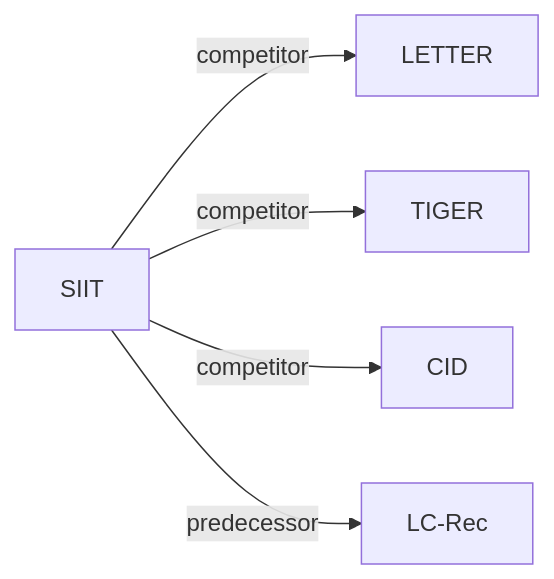
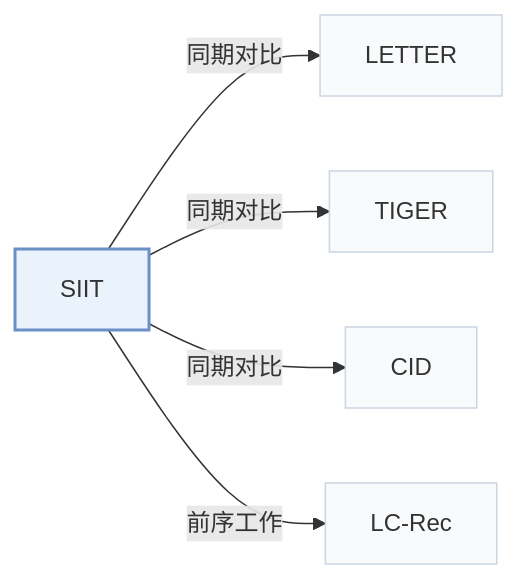
The second of 2 diagrams in pages/zh/papers/siit.md (Galaxy-ghost/Awesome-SID-Generative-Rec), drawn with Mermaid before and after one commit. The commit also changed other lines of this file and 649 other files, not shown here.

Commit message:
writer-05: also tags and modality index (schema, check, build, visuals); summary field removed; calibration data for 12 papers

````diff
--- a/pages/zh/papers/siit.md
+++ b/pages/zh/papers/siit.md
@@ -68,8 +74,12 @@
 ```mermaid
 flowchart LR
     P["SIIT"]
-    P -->|competitor| A["LETTER"]
-    P -->|competitor| B["TIGER"]
-    P -->|competitor| C["CID"]
-    P -->|predecessor| D["LC-Rec"]
+    P -->|"同期对比"| A["LETTER"]
+    P -->|"同期对比"| B["TIGER"]
+    P -->|"同期对比"| C["CID"]
+    P -->|"前序工作"| D["LC-Rec"]
+    classDef main fill:#eaf2fb,stroke:#6b8fc7,stroke-width:2px
+    classDef peer fill:#f8fafc,stroke:#cbd5e1
+    class P main
+    class A,B,C,D peer
 ```
````
